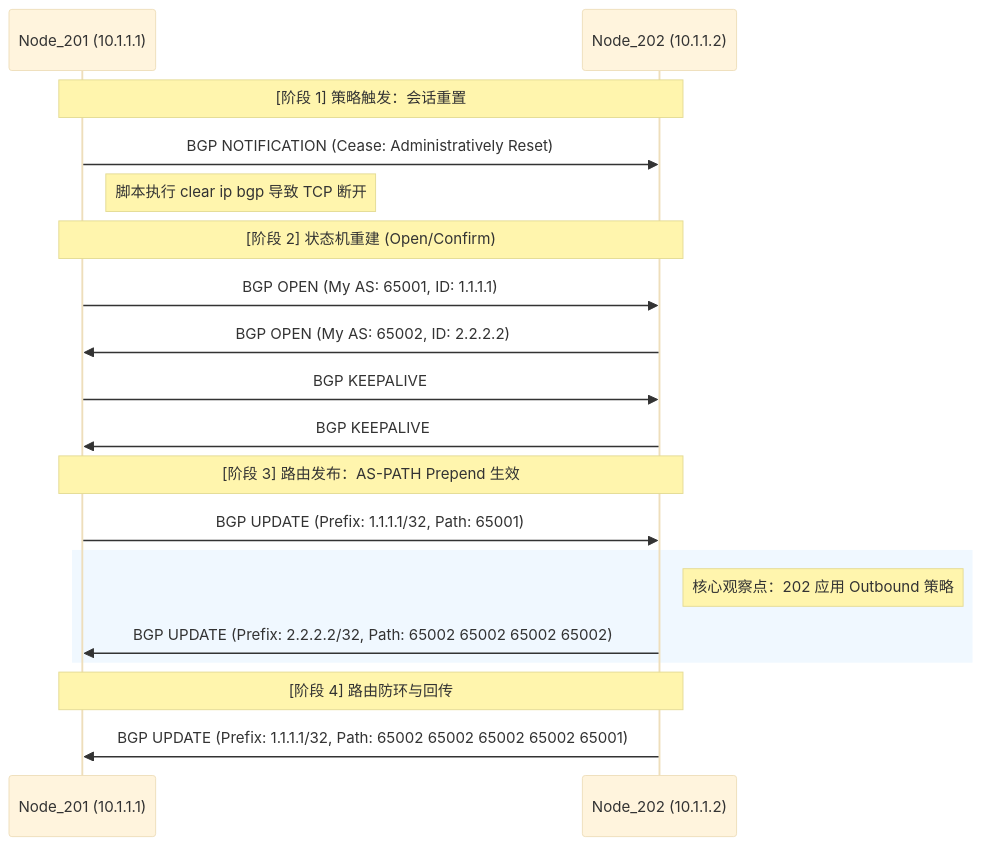
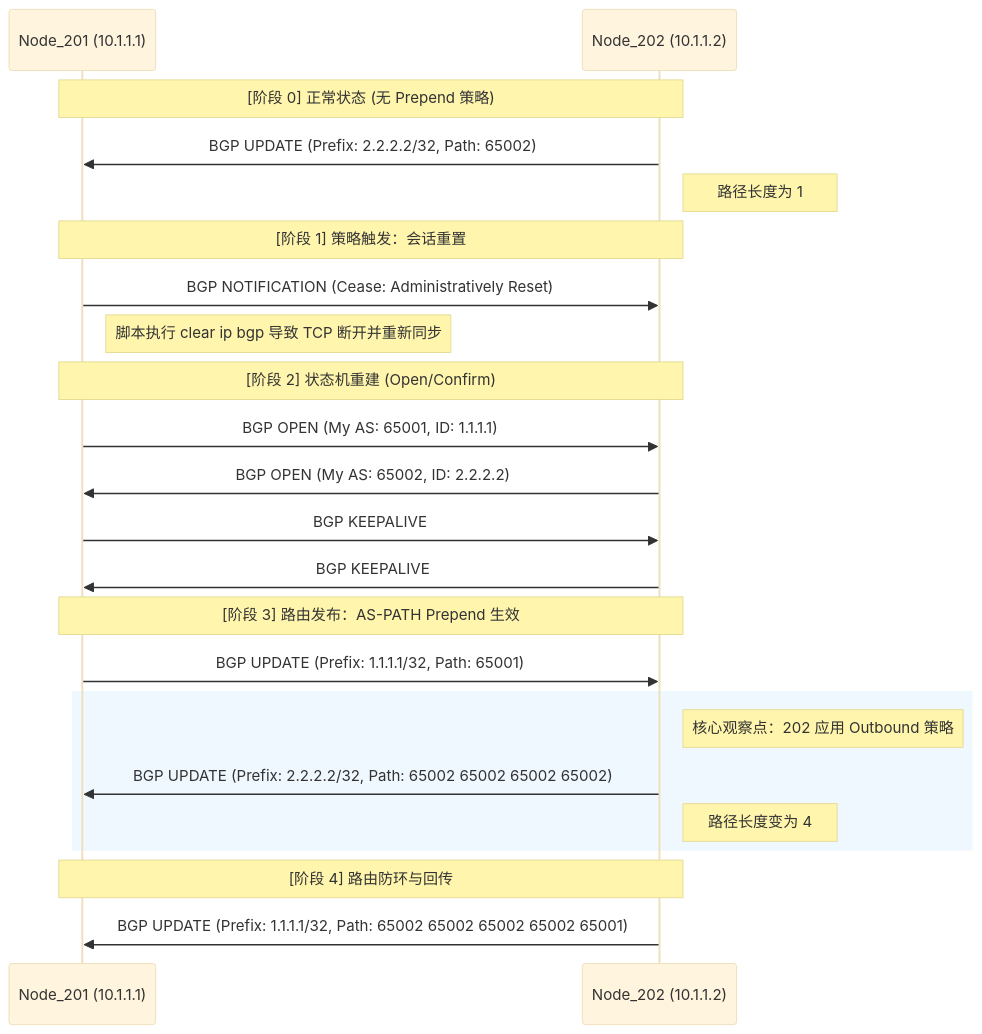
One commit to Ass-Sniper/gns3-sonic-labs changed the diagram in labs/02_as_prepend/ANALYSIS.md. Above: the diagram before and after it, drawn with Mermaid (base theme). The commit also changed other lines of this file, not shown here.

Commit message:
docs: 更新协议分析图，增加正常交互与 Prepend 策略的对比

````diff
--- a/labs/02_as_prepend/ANALYSIS.md
+++ b/labs/02_as_prepend/ANALYSIS.md
@@ -8,27 +8,32 @@
 ```mermaid
 sequenceDiagram
     participant S1 as Node_201 (10.1.1.1)
     participant S2 as Node_202 (10.1.1.2)
 
+    Note over S1, S2: [阶段 0] 正常状态 (无 Prepend 策略)
+    S2->>S1: BGP UPDATE (Prefix: 2.2.2.2/32, Path: 65002)
+    Note right of S2: 路径长度为 1
+
     Note over S1, S2: [阶段 1] 策略触发：会话重置
     S1->>S2: BGP NOTIFICATION (Cease: Administratively Reset)
-    Note right of S1: 脚本执行 clear ip bgp 导致 TCP 断开
+    Note right of S1: 脚本执行 clear ip bgp 导致 TCP 断开并重新同步
 
     Note over S1, S2: [阶段 2] 状态机重建 (Open/Confirm)
     S1->>S2: BGP OPEN (My AS: 65001, ID: 1.1.1.1)
     S2->>S1: BGP OPEN (My AS: 65002, ID: 2.2.2.2)
     S1->>S2: BGP KEEPALIVE
     S2->>S1: BGP KEEPALIVE
 
     Note over S1, S2: [阶段 3] 路由发布：AS-PATH Prepend 生效
     S1->>S2: BGP UPDATE (Prefix: 1.1.1.1/32, Path: 65001)
     
     rect rgb(240, 248, 255)
     Note right of S2: 核心观察点：202 应用 Outbound 策略
     S2->>S1: BGP UPDATE (Prefix: 2.2.2.2/32, Path: 65002 65002 65002 65002)
+    Note right of S2: 路径长度变为 4
     end
 
     Note over S1, S2: [阶段 4] 路由防环与回传
     S2->>S1: BGP UPDATE (Prefix: 1.1.1.1/32, Path: 65002 65002 65002 65002 65001)
 
 ```
````
